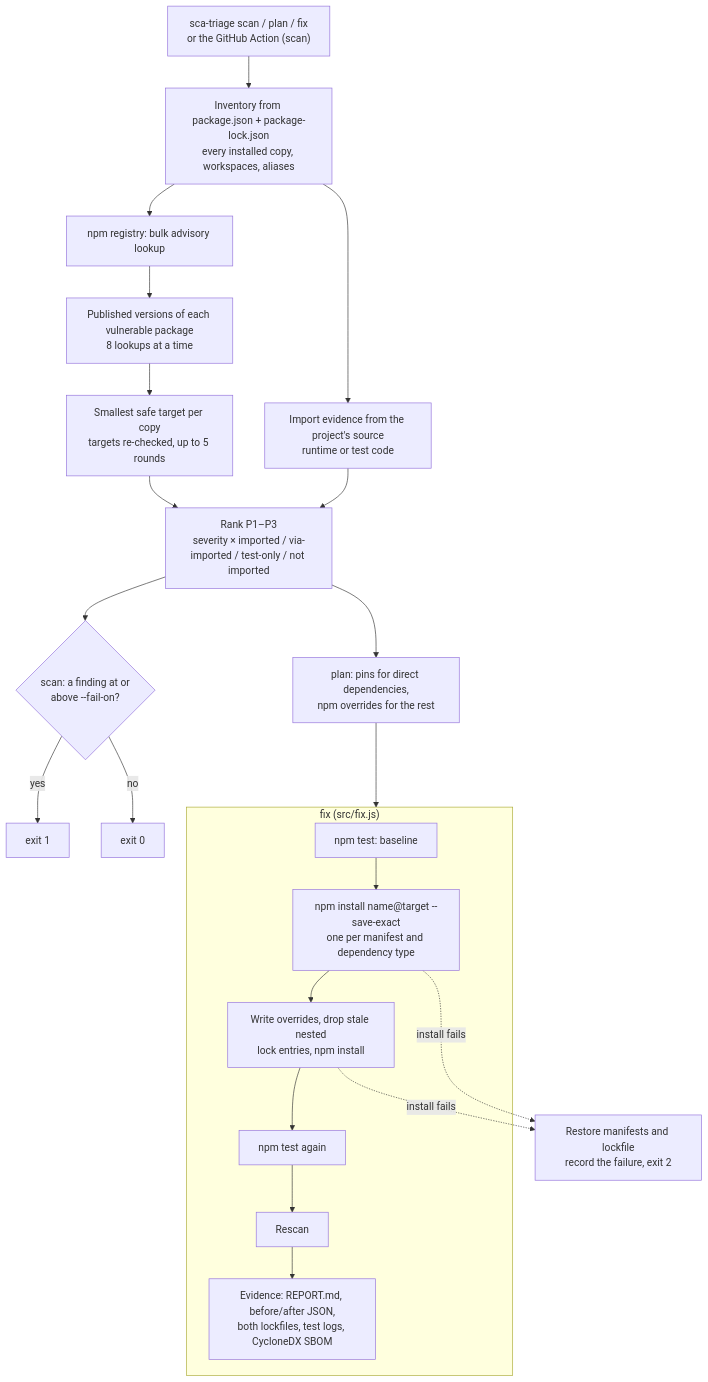
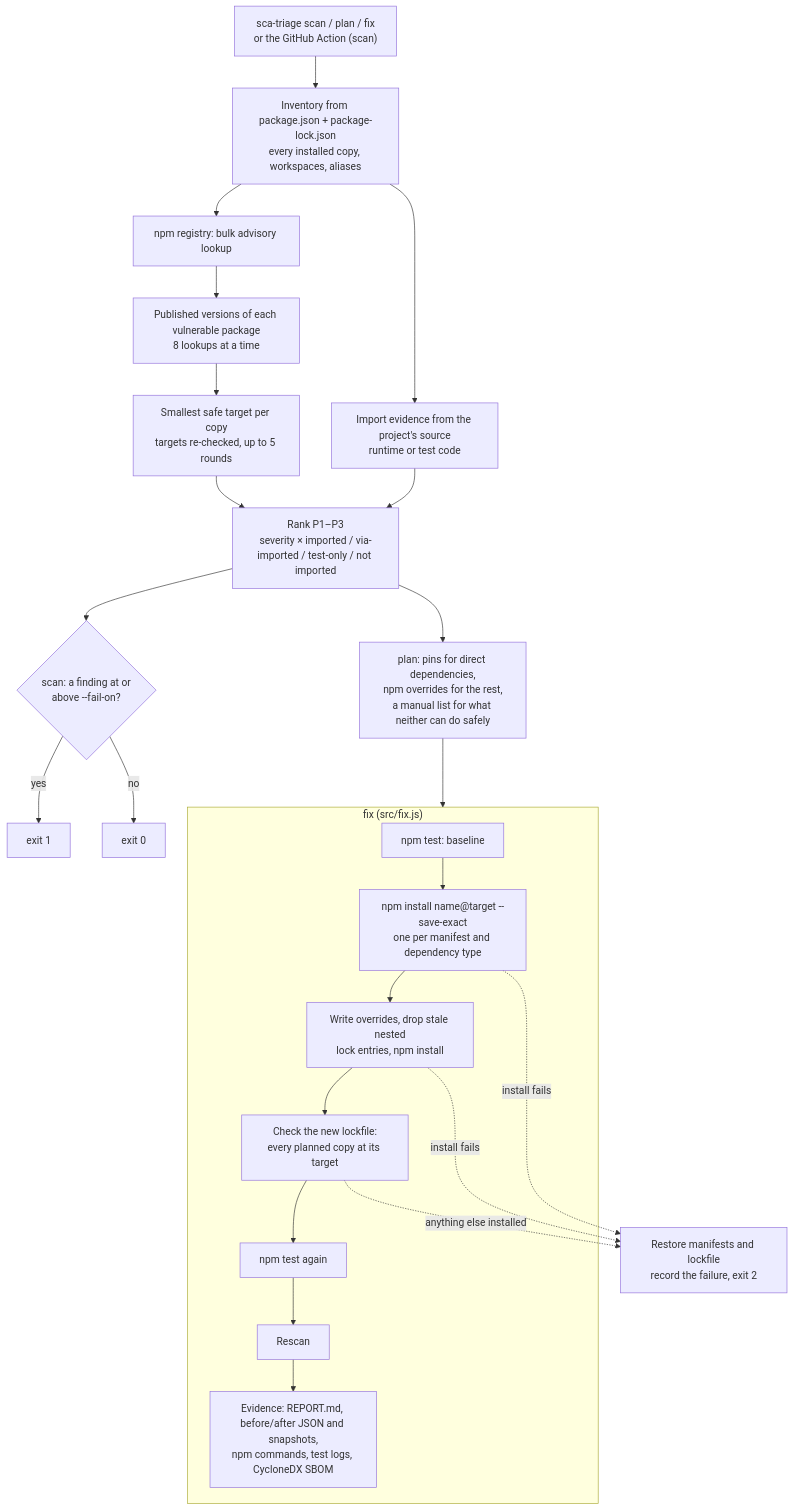
Before and after one commit to lansiquo/sca-triage: the diagram in ARCHITECTURE.md, drawn with Mermaid. The commit also changed other lines of this file and 2 other files, not shown here.

First line of the commit message:
Docs: bring ARCHITECTURE.md and the changelog links up to date; check shipped docs in CI

````diff
--- a/ARCHITECTURE.md
+++ b/ARCHITECTURE.md
@@ -5,24 +5,26 @@
 ```mermaid
 flowchart TD
     CLI["sca-triage scan / plan / fix<br/>or the GitHub Action (scan)"] --> LOCK["Inventory from package.json + package-lock.json<br/>every installed copy, workspaces, aliases"]
     LOCK --> ADV["npm registry: bulk advisory lookup"]
     LOCK --> SRC["Import evidence from the project's source<br/>runtime or test code"]
     ADV --> VER["Published versions of each vulnerable package<br/>8 lookups at a time"]
     VER --> PICK["Smallest safe target per copy<br/>targets re-checked, up to 5 rounds"]
     SRC --> RANK["Rank P1–P3<br/>severity × imported / via-imported / test-only / not imported"]
     PICK --> RANK
     RANK --> GATE{"scan: a finding at or<br/>above --fail-on?"}
     GATE -- yes --> E1["exit 1"]
     GATE -- no --> E0["exit 0"]
-    RANK --> PLAN["plan: pins for direct dependencies,<br/>npm overrides for the rest"]
+    RANK --> PLAN["plan: pins for direct dependencies,<br/>npm overrides for the rest,<br/>a manual list for what neither can do safely"]
     PLAN --> FIX
     subgraph FIX["fix (src/fix.js)"]
         T0["npm test: baseline"] --> PIN["npm install name@target --save-exact<br/>one per manifest and dependency type"]
         PIN --> OV["Write overrides, drop stale nested<br/>lock entries, npm install"]
-        OV --> T1["npm test again"]
+        OV --> CHK["Check the new lockfile:<br/>every planned copy at its target"]
+        CHK --> T1["npm test again"]
         T1 --> RE["Rescan"]
-        RE --> EV["Evidence: REPORT.md, before/after JSON,<br/>both lockfiles, test logs, CycloneDX SBOM"]
+        RE --> EV["Evidence: REPORT.md, before/after JSON and snapshots,<br/>npm commands, test logs, CycloneDX SBOM"]
     end
     PIN -. "install fails" .-> RB["Restore manifests and lockfile<br/>record the failure, exit 2"]
     OV -. "install fails" .-> RB
+    CHK -. "anything else installed" .-> RB
 ```
````
